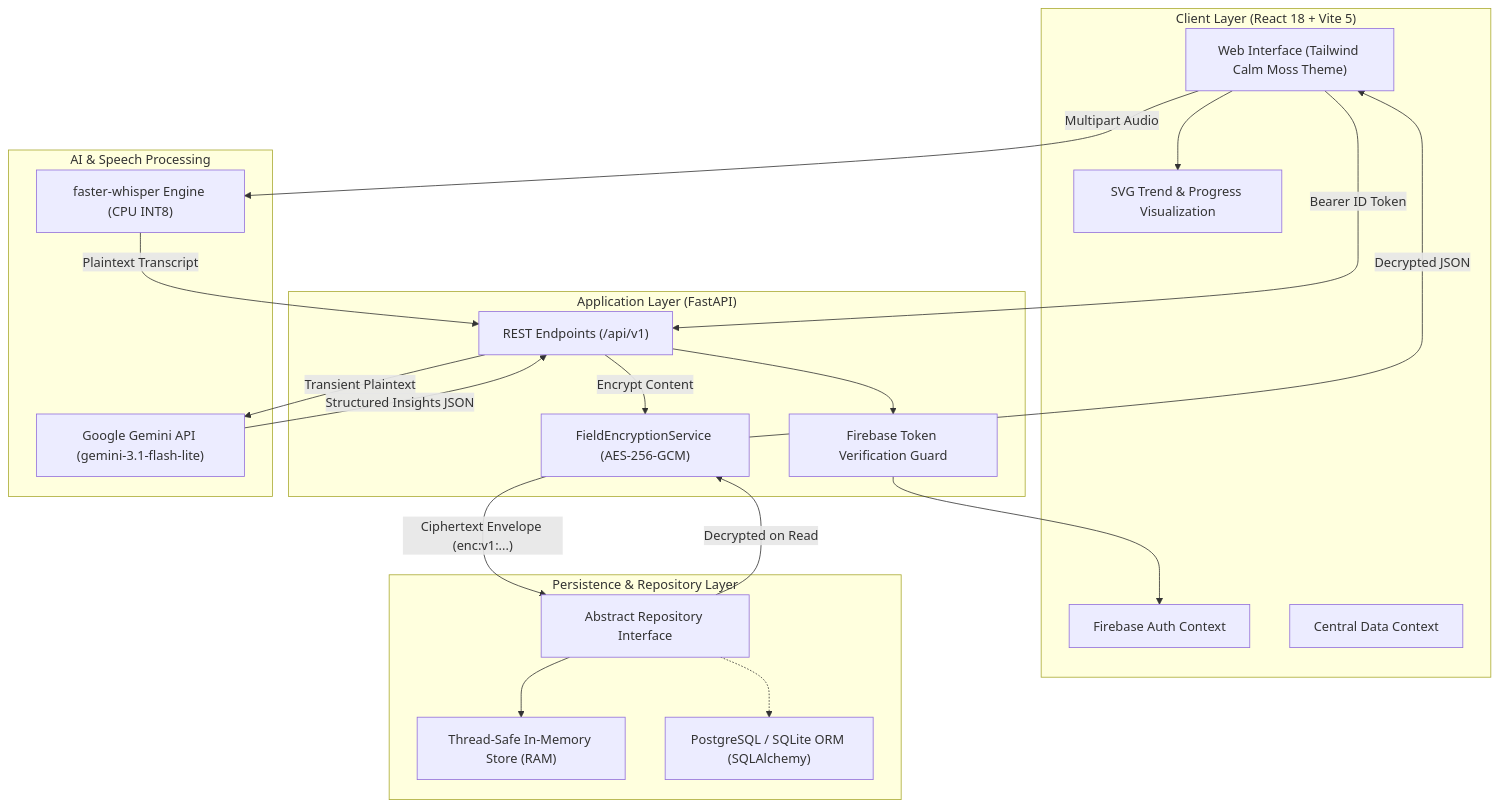
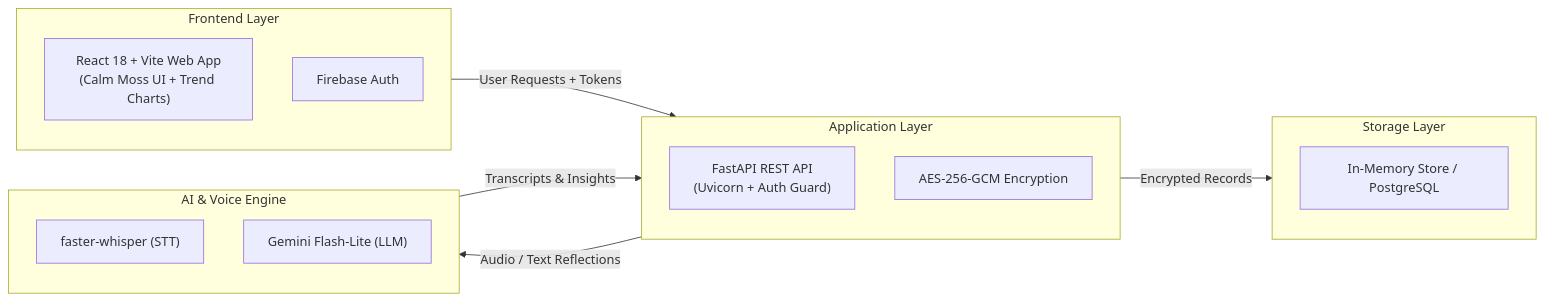
The first of 2 diagrams in README.md (farah123455/AI-GOAL-JOURNAL), drawn with Mermaid before and after one commit. The commit also changed other lines of this file, not shown here.

Commit message:
readme.md update

````diff
--- a/README.md
+++ b/README.md
@@ -71,46 +71,26 @@
 ```mermaid
-flowchart TD
-    subgraph Client["Client Layer (React 18 + Vite 5)"]
-        UI["Web Interface (Tailwind Calm Moss Theme)"]
-        AuthCtx["Firebase Auth Context"]
-        DataCtx["Central Data Context"]
-        Chart["SVG Trend & Progress Visualization"]
+flowchart LR
+    subgraph Frontend["Frontend Layer"]
+        UI["React 18 + Vite Web App<br/>(Calm Moss UI + Trend Charts)"]
+        Auth["Firebase Auth"]
     end
 
-    subgraph Gateway["Application Layer (FastAPI)"]
-        API["REST Endpoints (/api/v1)"]
-        AuthGuard["Firebase Token Verification Guard"]
-        Crypto["FieldEncryptionService (AES-256-GCM)"]
+    subgraph Backend["Application Layer"]
+        API["FastAPI REST API<br/>(Uvicorn + Auth Guard)"]
+        Crypto["AES-256-GCM Encryption"]
     end
 
-    subgraph Intelligence["AI & Speech Processing"]
-        Whisper["faster-whisper Engine (CPU INT8)"]
-        Gemini["Google Gemini API (gemini-3.1-flash-lite)"]
+    subgraph AI["AI & Voice Engine"]
+        Whisper["faster-whisper (STT)"]
+        Gemini["Gemini Flash-Lite (LLM)"]
     end
 
-    subgraph Persistence["Persistence & Repository Layer"]
-        Repo["Abstract Repository Interface"]
-        MemStore["Thread-Safe In-Memory Store (RAM)"]
-        SQLStore["PostgreSQL / SQLite ORM (SQLAlchemy)"]
+    subgraph Storage["Storage Layer"]
+        DB["In-Memory Store / PostgreSQL"]
     end
 
-    UI -->|"Bearer ID Token"| API
-    API --> AuthGuard
-    AuthGuard --> AuthCtx
-
-    UI -->|"Multipart Audio"| Whisper
-    Whisper -->|"Plaintext Transcript"| API
-
-    API -->|"Transient Plaintext"| Gemini
-    Gemini -->|"Structured Insights JSON"| API
-
-    API -->|"Encrypt Content"| Crypto
-    Crypto -->|"Ciphertext Envelope (enc:v1:...)"| Repo
-
-    Repo --> MemStore
-    Repo -.-> SQLStore
-
-    Repo -->|"Decrypted on Read"| Crypto
-    Crypto -->|"Decrypted JSON"| UI
-    UI --> Chart
+    Frontend -->|User Requests + Tokens| Backend
+    Backend -->|Audio / Text Reflections| AI
+    AI -->|Transcripts & Insights| Backend
+    Backend -->|Encrypted Records| Storage
 ```
````
